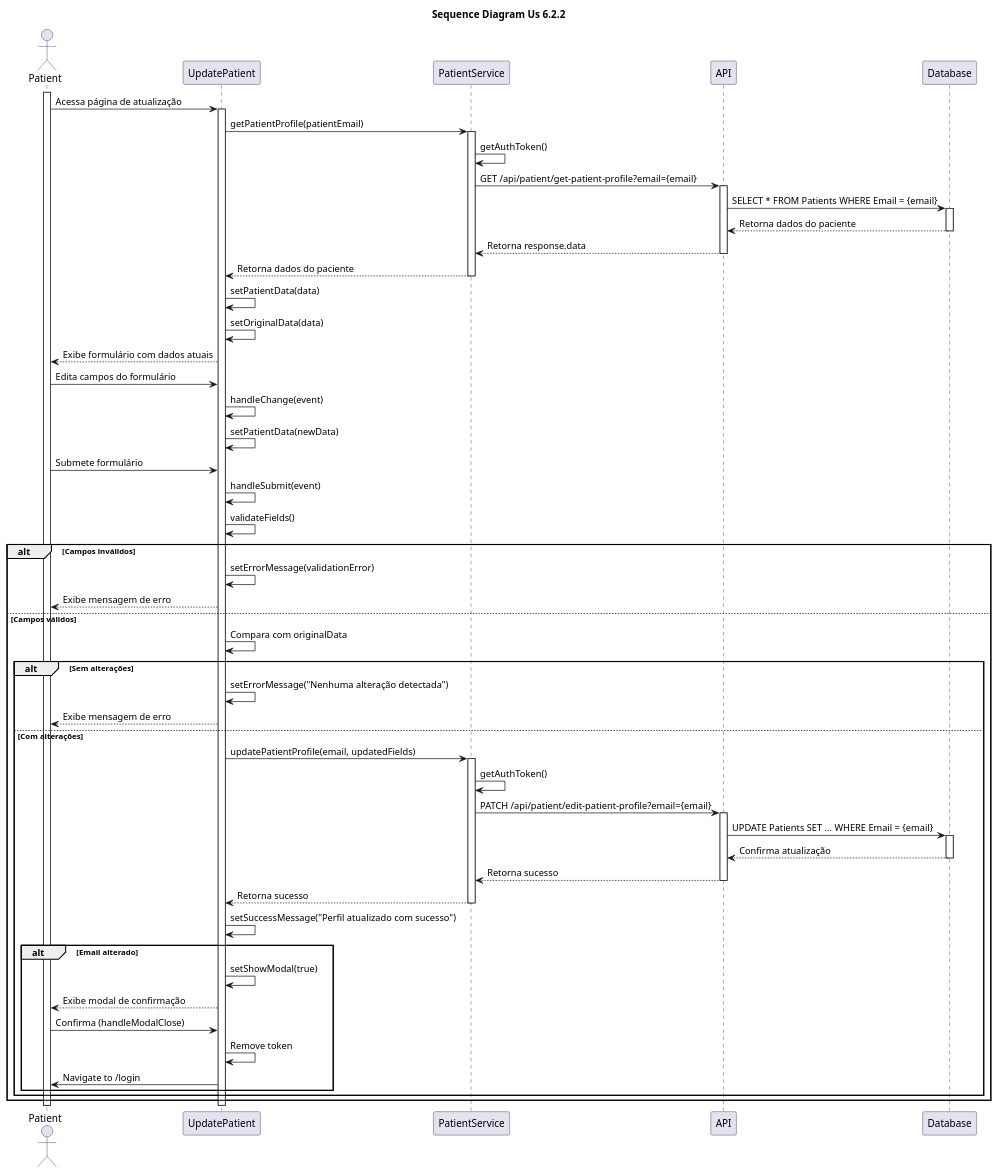
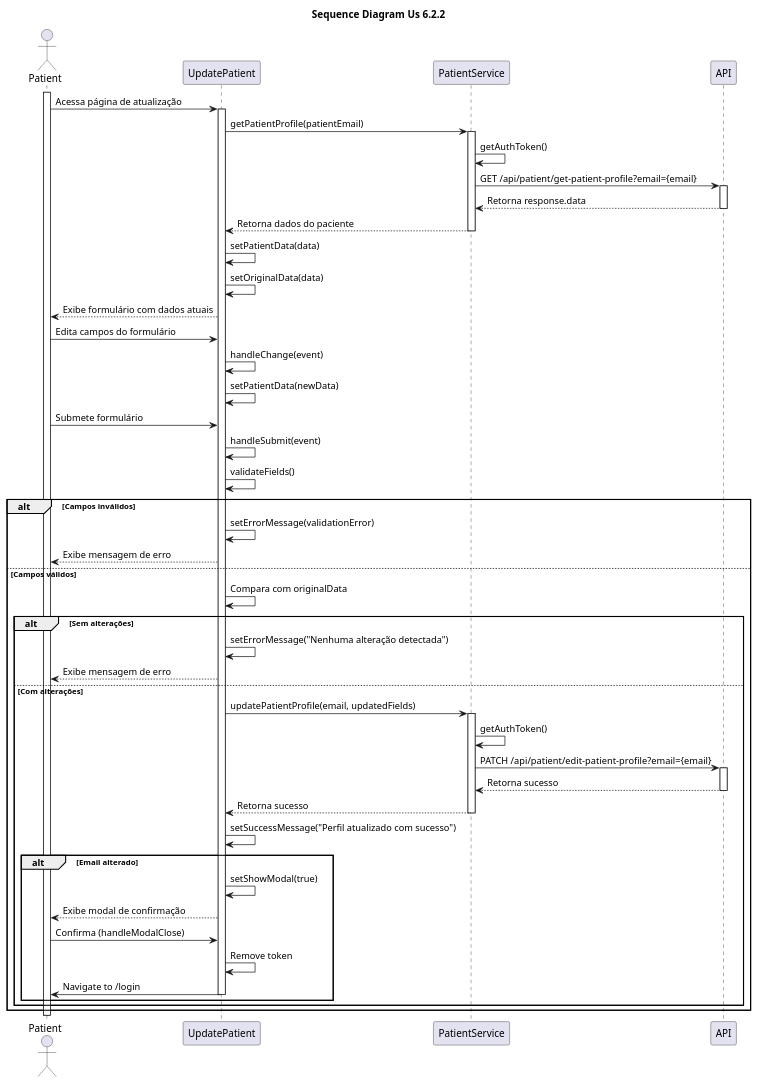
One commit to HugBar/3DC_G17 changed the diagram in docs/Sprint2/US 6.2.2/SD.puml. Above: the diagram before and after it, drawn with PlantUML. The commit also changed 11 other files, not shown here.

```diff
--- a/docs/Sprint2/US 6.2.2/SD.puml
+++ b/docs/Sprint2/US 6.2.2/SD.puml
@@ -1,73 +1,65 @@
-@startuml namespace
+@startuml
 title "Sequence Diagram Us 6.2.2"
 
 actor Patient
 participant UpdatePatient
 participant PatientService
 participant API
-participant Database
 
 activate Patient
 Patient->UpdatePatient: Acessa página de atualização
 activate UpdatePatient
 UpdatePatient->PatientService: getPatientProfile(patientEmail)
 activate PatientService
 PatientService->PatientService: getAuthToken()
 PatientService->API: GET /api/patient/get-patient-profile?email={email}
 activate API
-API->Database: SELECT * FROM Patients WHERE Email = {email}
-activate Database
-Database-->API: Retorna dados do paciente
-deactivate Database
 API-->PatientService: Retorna response.data
 deactivate API
 PatientService-->UpdatePatient: Retorna dados do paciente
 deactivate PatientService
 UpdatePatient->UpdatePatient: setPatientData(data)
 UpdatePatient->UpdatePatient: setOriginalData(data)
 UpdatePatient-->Patient: Exibe formulário com dados atuais
 
 Patient->UpdatePatient: Edita campos do formulário
 UpdatePatient->UpdatePatient: handleChange(event)
 UpdatePatient->UpdatePatient: setPatientData(newData)
 
 Patient->UpdatePatient: Submete formulário
 UpdatePatient->UpdatePatient: handleSubmit(event)
 UpdatePatient->UpdatePatient: validateFields()
 
 alt Campos inválidos
     UpdatePatient->UpdatePatient: setErrorMessage(validationError)
     UpdatePatient-->Patient: Exibe mensagem de erro
 else Campos válidos
     UpdatePatient->UpdatePatient: Compara com originalData
     alt Sem alterações
         UpdatePatient->UpdatePatient: setErrorMessage("Nenhuma alteração detectada")
         UpdatePatient-->Patient: Exibe mensagem de erro
     else Com alterações
         UpdatePatient->PatientService: updatePatientProfile(email, updatedFields)
         activate PatientService
         PatientService->PatientService: getAuthToken()
         PatientService->API: PATCH /api/patient/edit-patient-profile?email={email}
         activate API
-        API->Database: UPDATE Patients SET ... WHERE Email = {email}
-        activate Database
-        Database-->API: Confirma atualização
-        deactivate Database
         API-->PatientService: Retorna sucesso
         deactivate API
         PatientService-->UpdatePatient: Retorna sucesso
         deactivate PatientService
         UpdatePatient->UpdatePatient: setSuccessMessage("Perfil atualizado com sucesso")
         
         alt Email alterado
             UpdatePatient->UpdatePatient: setShowModal(true)
             UpdatePatient-->Patient: Exibe modal de confirmação
             Patient->UpdatePatient: Confirma (handleModalClose)
             UpdatePatient->UpdatePatient: Remove token
             UpdatePatient->Patient: Navigate to /login
+            deactivate UpdatePatient
         end
     end
 end
 deactivate UpdatePatient
 deactivate Patient
 @enduml
```
